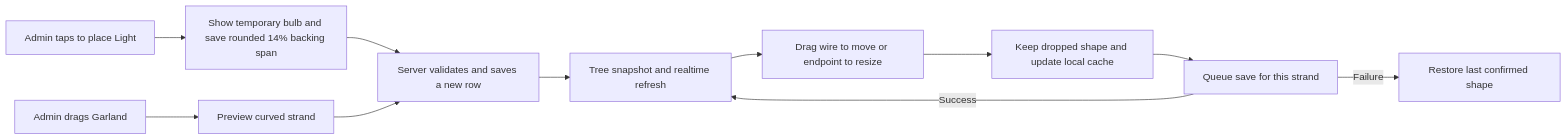
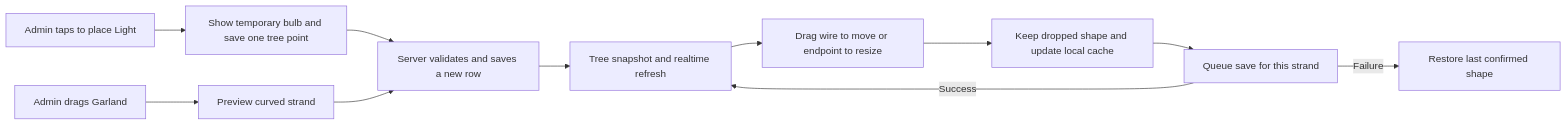
Before and after one commit to may24fc/sn-connect-app: the third of 4 diagrams in docs/features/christmas-tree/optimization.md, drawn with Mermaid. The commit also changed other lines of this file and 1 other file, not shown here.

Commit message:
docs(christmas-tree): record point-light production rollout

````diff
--- a/docs/features/christmas-tree/optimization.md
+++ b/docs/features/christmas-tree/optimization.md
@@ -198,13 +208,13 @@
 ```mermaid
 flowchart LR
     A[Admin drags Garland] --> B[Preview curved strand]
-    A2[Admin taps to place Light] --> B2[Show temporary bulb and save rounded 14% backing span]
+    A2[Admin taps to place Light] --> B2[Show temporary bulb and save one tree point]
     B2 --> C[Server validates and saves a new row]
     B --> C
     C --> D[Tree snapshot and realtime refresh]
     D --> E[Drag wire to move or endpoint to resize]
     E --> F[Keep dropped shape and update local cache]
     F --> G[Queue save for this strand]
     G -->|Success| D
     G -->|Failure| H[Restore last confirmed shape]
 ```
````
